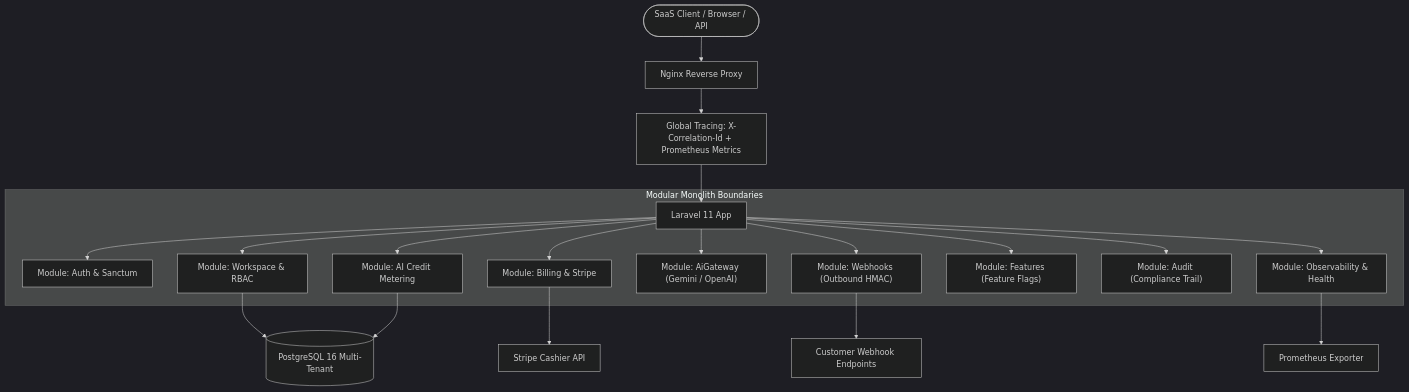
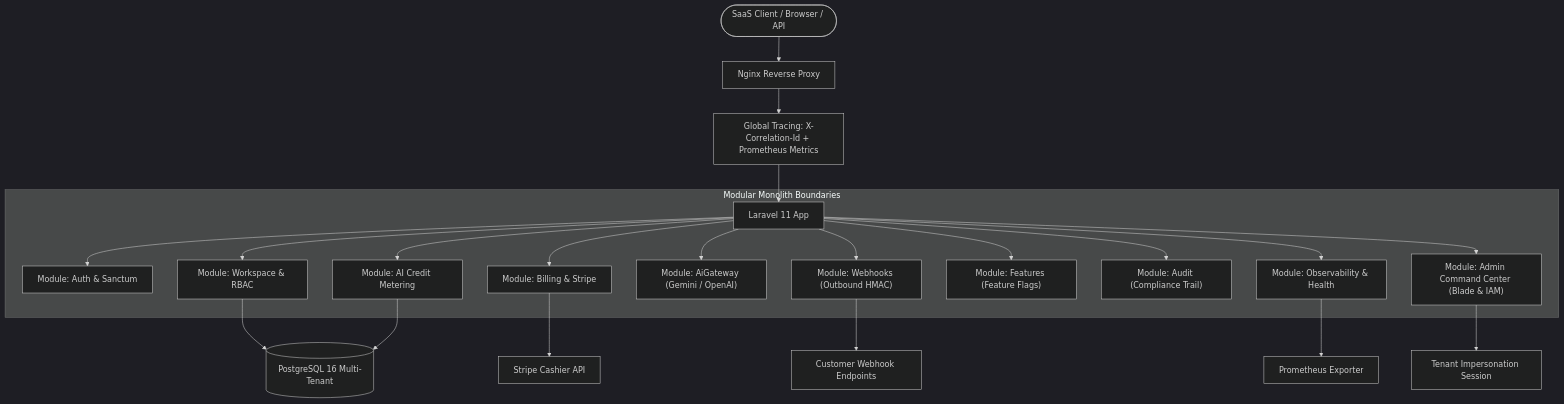
The diagram in README.md (akmtech00-hash/saas-mvp-modular-boilerplate), drawn with Mermaid (dark theme) before and after one commit. The commit also changed other lines of this file and 30 other files, not shown here.

First line of the commit message:
feat(admin): release 2.0.0 - executive admin command center, blade views & multi-tenant governance

````diff
--- a/README.md
+++ b/README.md
@@ -33,24 +36,26 @@
 ```mermaid
 graph TD
     User([SaaS Client / Browser / API]) --> Nginx[Nginx Reverse Proxy]
     Nginx --> GlobalStack["Global Tracing: X-Correlation-Id + Prometheus Metrics"]
     GlobalStack --> LaravelApp[Laravel 11 App]
     
     subgraph Modular Monolith Boundaries
         LaravelApp --> AuthMod["Module: Auth & Sanctum"]
         LaravelApp --> WsMod["Module: Workspace & RBAC"]
         LaravelApp --> BillMod["Module: Billing & Stripe"]
         LaravelApp --> MeterMod["Module: AI Credit Metering"]
         LaravelApp --> AiGateMod["Module: AiGateway (Gemini / OpenAI)"]
         LaravelApp --> WebhookMod["Module: Webhooks (Outbound HMAC)"]
         LaravelApp --> FlagMod["Module: Features (Feature Flags)"]
         LaravelApp --> AuditMod["Module: Audit (Compliance Trail)"]
         LaravelApp --> MonitorMod["Module: Observability & Health"]
+        LaravelApp --> AdminMod["Module: Admin Command Center (Blade & IAM)"]
     end
 
     WsMod --> Postgres[(PostgreSQL 16 Multi-Tenant)]
     BillMod --> StripeAPI[Stripe Cashier API]
     MeterMod --> Postgres
     WebhookMod --> CustomerApp[Customer Webhook Endpoints]
     MonitorMod --> Prom[Prometheus Exporter]
+    AdminMod --> Impersonate[Tenant Impersonation Session]
 ```
````
